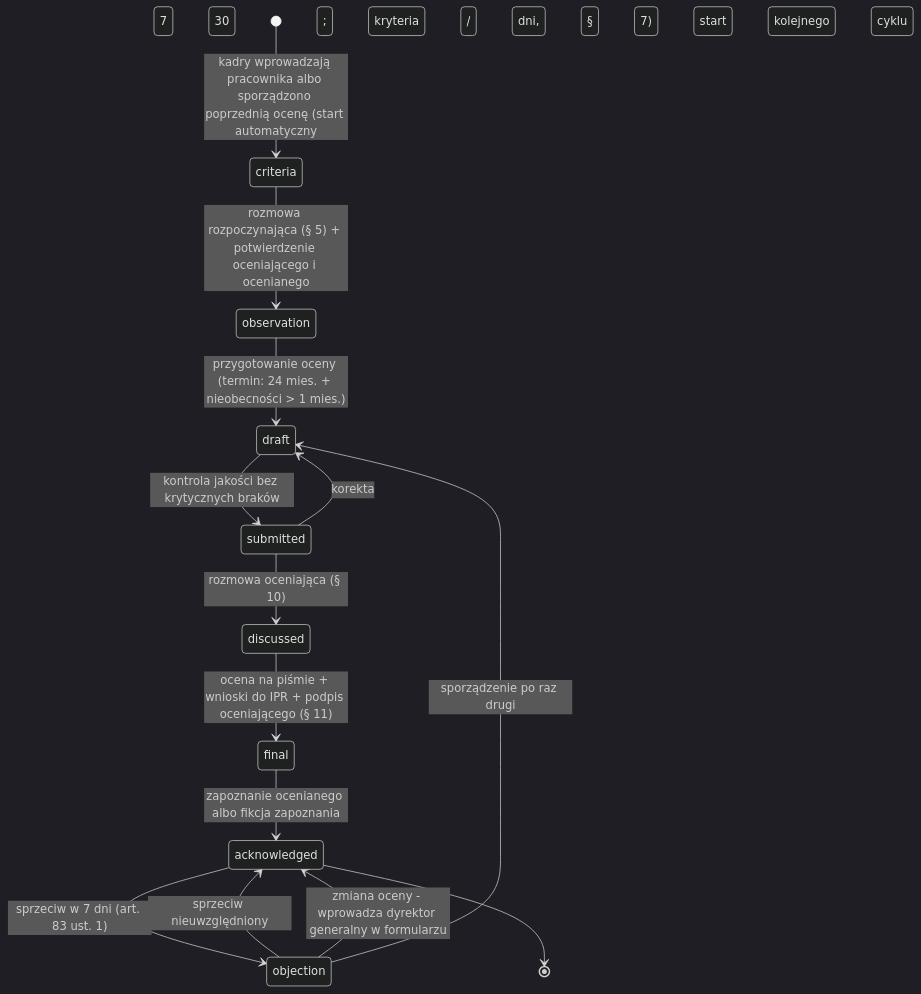
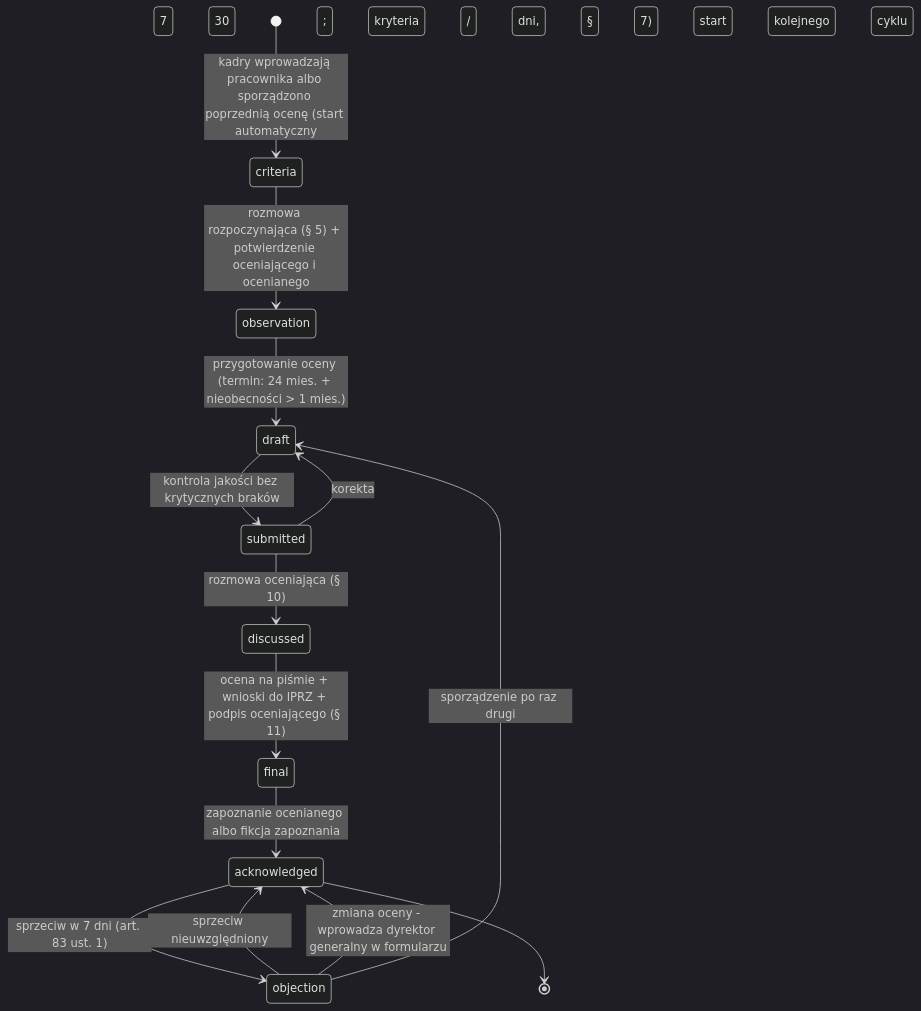
One commit to kahvell/cyfrowy-asystent-ocen changed the fourth of 4 diagrams in ARCHITECTURE.md. Above: the diagram before and after it, drawn with Mermaid (dark theme). The commit also changed other lines of this file and 26 other files, not shown here.

First line of the commit message:
Skrót IPRZ zamiast IPR w tekstach widocznych dla użytkownika

````diff
--- a/ARCHITECTURE.md
+++ b/ARCHITECTURE.md
@@ -336,16 +336,16 @@
 ```mermaid
 stateDiagram-v2
     [*] --> criteria: kadry wprowadzają pracownika albo sporządzono poprzednią ocenę (start automatyczny; kryteria 30 / 7 dni, § 7)
     criteria --> observation: rozmowa rozpoczynająca (§ 5) + potwierdzenie oceniającego i ocenianego
     observation --> draft: przygotowanie oceny (termin: 24 mies. + nieobecności > 1 mies.)
     draft --> submitted: kontrola jakości bez krytycznych braków
     submitted --> draft: korekta
     submitted --> discussed: rozmowa oceniająca (§ 10)
-    discussed --> final: ocena na piśmie + wnioski do IPR + podpis oceniającego (§ 11); start kolejnego cyklu
+    discussed --> final: ocena na piśmie + wnioski do IPRZ + podpis oceniającego (§ 11); start kolejnego cyklu
     final --> acknowledged: zapoznanie ocenianego albo fikcja zapoznania
     acknowledged --> objection: sprzeciw w 7 dni (art. 83 ust. 1)
     objection --> acknowledged: sprzeciw nieuwzględniony
     objection --> acknowledged: zmiana oceny - wprowadza dyrektor generalny w formularzu
     objection --> draft: sporządzenie po raz drugi
     acknowledged --> [*]
 ```
````
